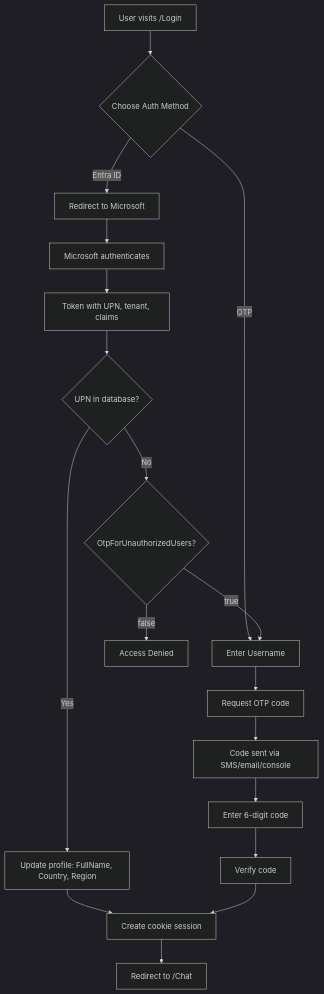
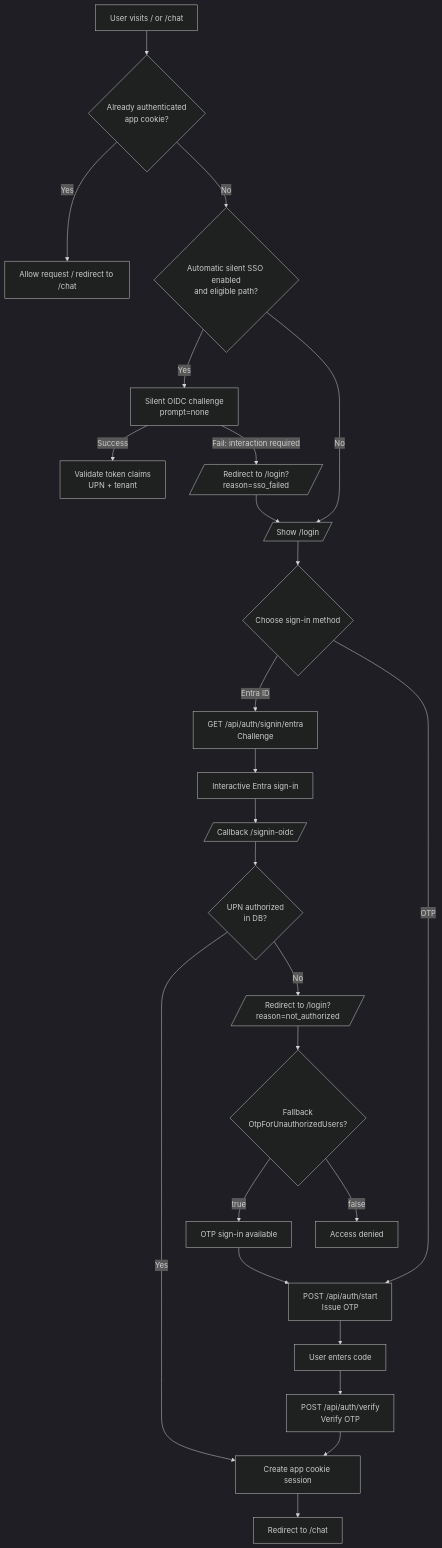
Before and after one commit to smereczynski/SignalR-Chat: the diagram in docs/features/authentication.md, drawn with Mermaid (dark theme). The commit also changed other lines of this file and 1 other file, not shown here.

Commit message:
docs: clarify auth flow and add Mermaid diagram

````diff
--- a/docs/features/authentication.md
+++ b/docs/features/authentication.md
@@ -33,23 +33,33 @@
 ```mermaid
-graph TD
-    A[User visits /Login] --> B{Choose Auth Method}
-    B -->|Entra ID| C[Redirect to Microsoft]
-    B -->|OTP| D[Enter Username]
-    
-    C --> E[Microsoft authenticates]
-    E --> F[Token with UPN, tenant, claims]
-    F --> G{UPN in database?}
-    G -->|Yes| H[Update profile: FullName, Country, Region]
-    G -->|No| I{OtpForUnauthorizedUsers?}
-    I -->|true| D
-    I -->|false| J[Access Denied]
-    
-    D --> K[Request OTP code]
-    K --> L[Code sent via SMS/email/console]
-    L --> M[Enter 6-digit code]
-    M --> N[Verify code]
-    
-    H --> O[Create cookie session]
-    N --> O
-    O --> P[Redirect to /Chat]
+flowchart TD
+  A[User visits / or /chat] --> B{"Already authenticated<br/>app cookie?"}
+  B -->|Yes| C[Allow request / redirect to /chat]
+  B -->|No| D{"Automatic silent SSO enabled<br/>and eligible path?"}
+
+  D -->|Yes| E[Silent OIDC challenge<br/>prompt=none]
+  E -->|Success| F[Validate token claims<br/>UPN + tenant]
+  E -->|Fail: interaction required| G[/Redirect to /login?reason=sso_failed/]
+
+  D -->|No| H[/Show /login/]
+  G --> H
+
+  H --> I{Choose sign-in method}
+  I -->|Entra ID| J[GET /api/auth/signin/entra<br/>Challenge]
+  J --> K[Interactive Entra sign-in]
+  K --> L[/Callback /signin-oidc/]
+  L --> M{"UPN authorized<br/>in DB?"}
+  M -->|Yes| N[Create app cookie session]
+  M -->|No| O[/Redirect to /login?reason=not_authorized/]
+
+  O --> P{"Fallback<br/>OtpForUnauthorizedUsers?"}
+  P -->|true| Q[OTP sign-in available]
+  P -->|false| R[Access denied]
+
+  I -->|OTP| S[POST /api/auth/start<br/>Issue OTP]
+  S --> T[User enters code]
+  T --> U[POST /api/auth/verify<br/>Verify OTP]
+  U --> N
+
+  Q --> S
+  N --> V[Redirect to /chat]
 ```
````
